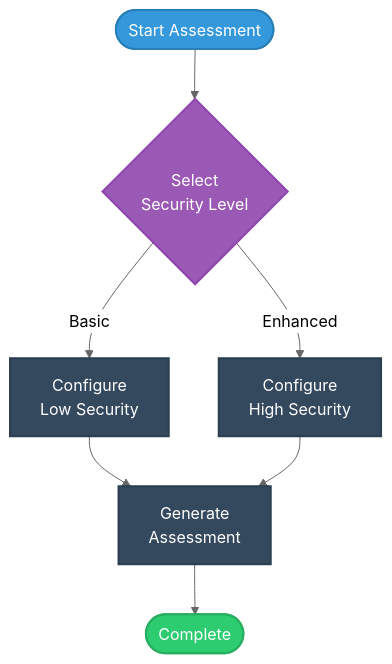
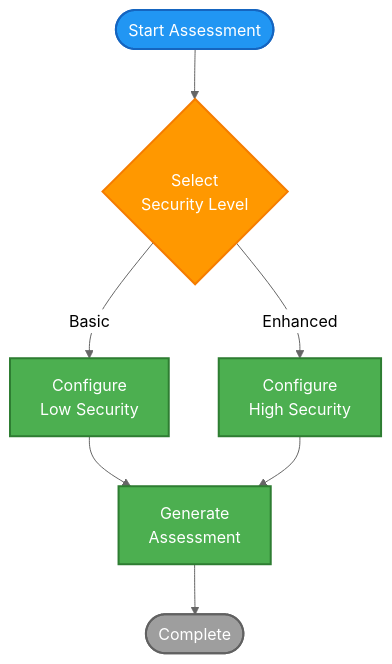
The fourth of 6 diagrams in docs/architecture/STYLE_GUIDE.md (Hack23/cia-compliance-manager), drawn with Mermaid (neutral theme) before and after one commit. The commit also changed other lines of this file and 18 other files, not shown here.

First line of the commit message:
style: update all classDef colors to ISMS style guide palette and fix quadrant charts

````diff
--- a/docs/architecture/STYLE_GUIDE.md
+++ b/docs/architecture/STYLE_GUIDE.md
@@ -162,20 +162,20 @@
 ```mermaid
 flowchart TD
     A([Start Assessment]) --> B{Select<br>Security Level}
     B -->|Basic| C[Configure<br>Low Security]
     B -->|Enhanced| D[Configure<br>High Security]
     C --> E[Generate<br>Assessment]
     D --> E
     E --> F([Complete])
 
-    classDef startNode fill:#3498db,stroke:#2980b9,stroke-width:2px,color:white,rx:25
-    classDef processNode fill:#34495e,stroke:#2c3e50,stroke-width:2px,color:white
-    classDef decisionNode fill:#9b59b6,stroke:#8e44ad,stroke-width:2px,color:white
-    classDef endNode fill:#2ecc71,stroke:#27ae60,stroke-width:2px,color:white,rx:25
+    classDef startNode fill:#2196F3,stroke:#1565C0,stroke-width:2px,color:#ffffff
+    classDef processNode fill:#4CAF50,stroke:#2E7D32,stroke-width:2px,color:#ffffff
+    classDef decisionNode fill:#FF9800,stroke:#F57C00,stroke-width:2px,color:#ffffff
+    classDef endNode fill:#9E9E9E,stroke:#616161,stroke-width:2px,color:#ffffff
 
     class A startNode
     class B decisionNode
     class C,D processNode
     class E processNode
     class F endNode
 ```
````
